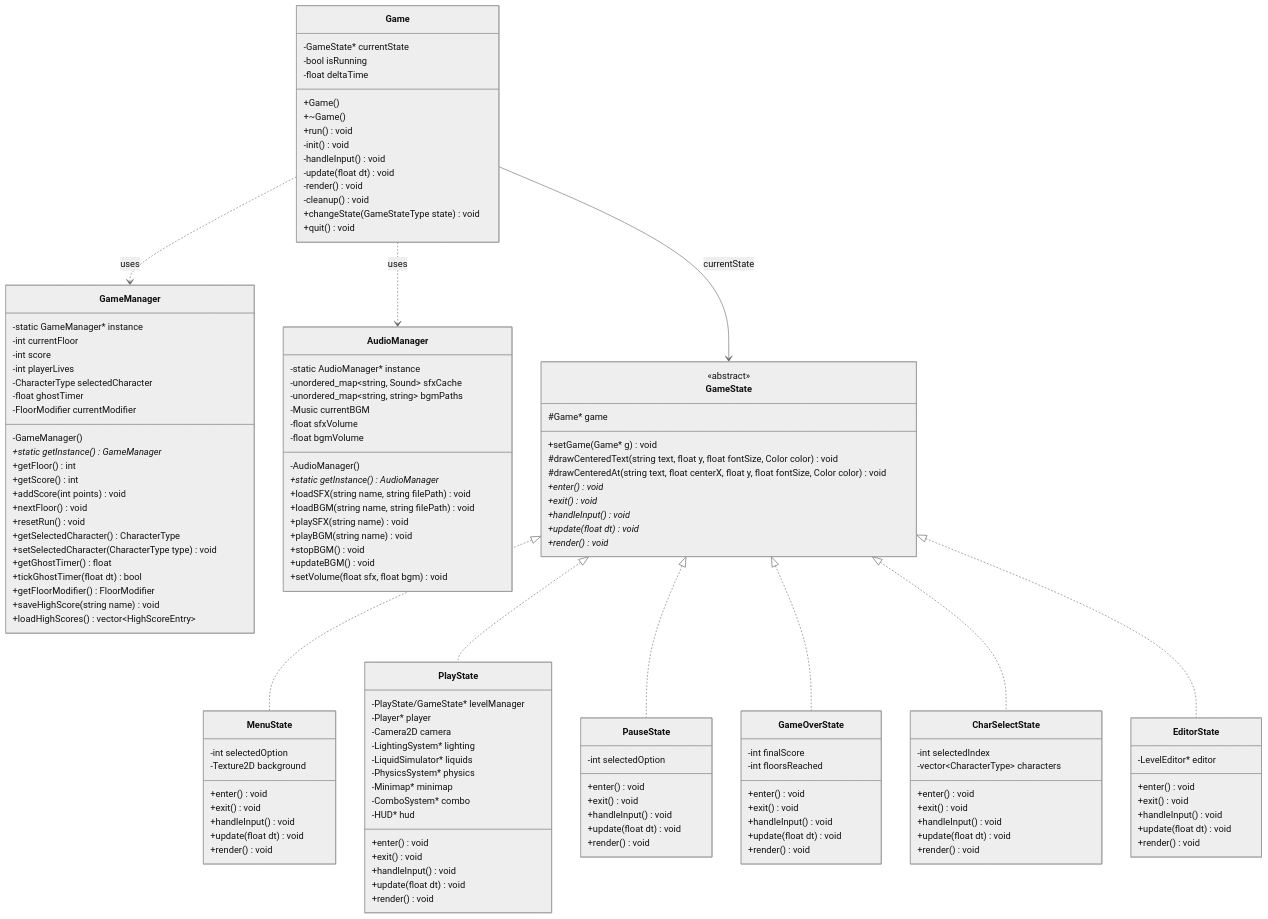
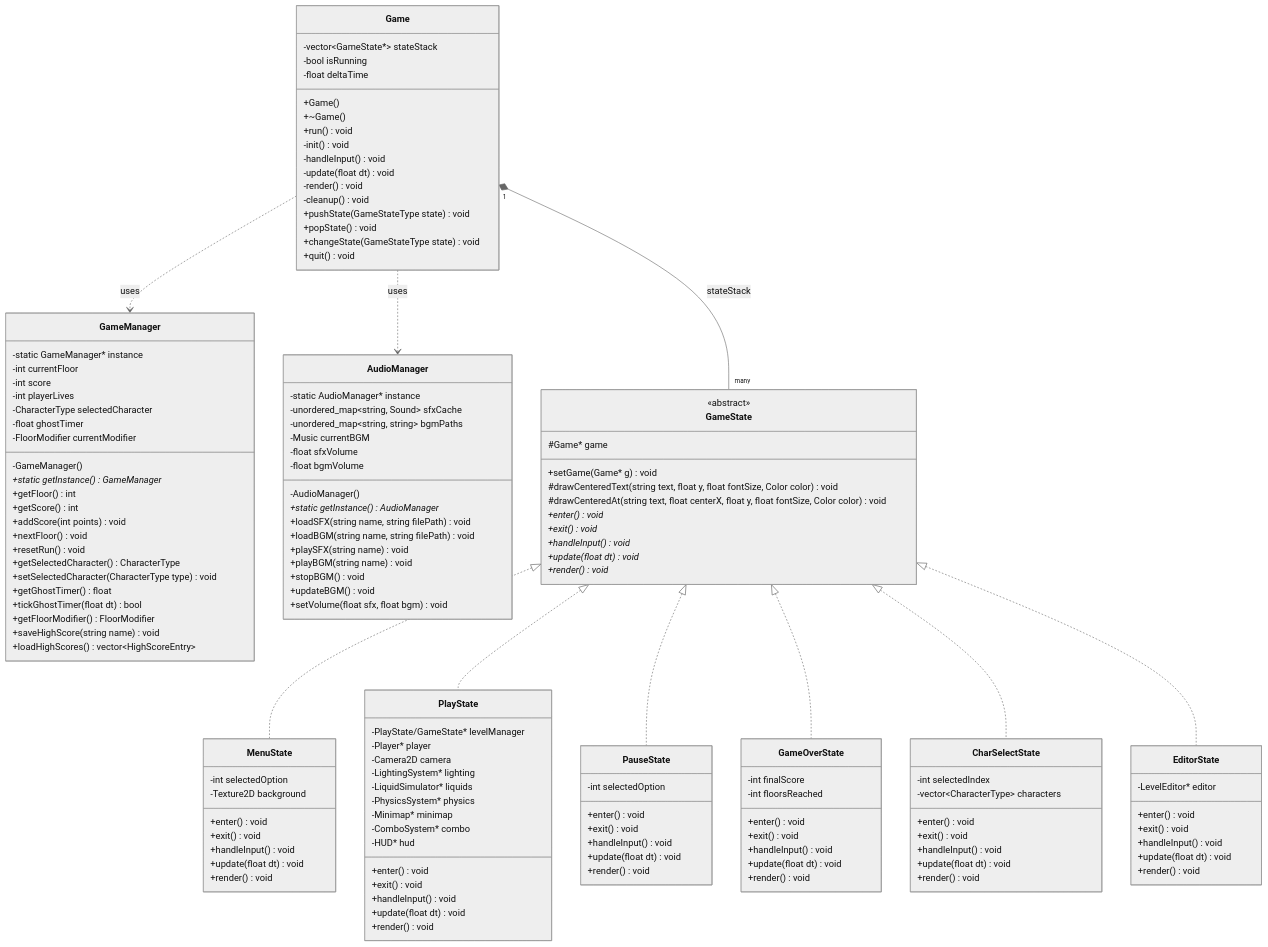
One commit to Gasmask-Chan/CS202-Cavern-Descent changed the first of 8 diagrams in project_plan.md. Above: the diagram before and after it, drawn with Mermaid (neutral theme). The commit also changed other lines of this file and 4 other files, not shown here.

````diff
--- a/project_plan.md
+++ b/project_plan.md
@@ -309,7 +309,7 @@
 ```mermaid
 classDiagram
     class Game {
-        -GameState* currentState
+        -vector~GameState*~ stateStack
         -bool isRunning
         -float deltaTime
         +Game()
@@ -320,6 +320,8 @@
         -update(float dt) void
         -render() void
         -cleanup() void
+        +pushState(GameStateType state) void
+        +popState() void
         +changeState(GameStateType state) void
         +quit() void
     }
@@ -444,7 +446,7 @@
         +render() void
     }
 
-    Game --> GameState : currentState
+    Game "1" *-- "many" GameState : stateStack
     GameState <|.. MenuState
     GameState <|.. PlayState
     GameState <|.. PauseState
````
